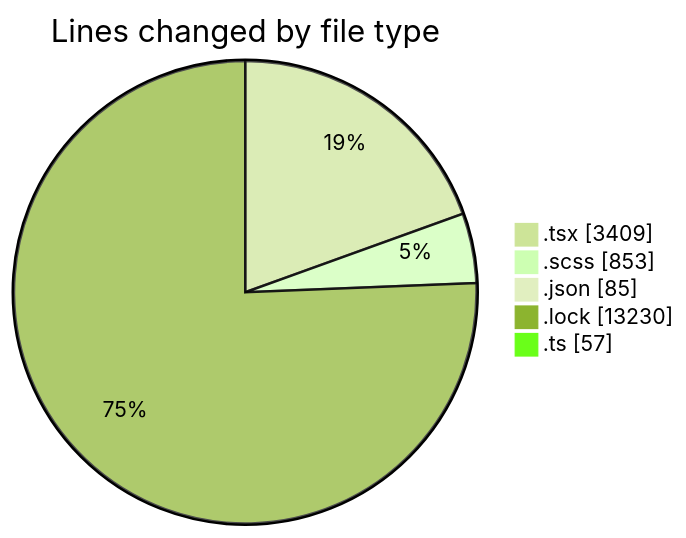
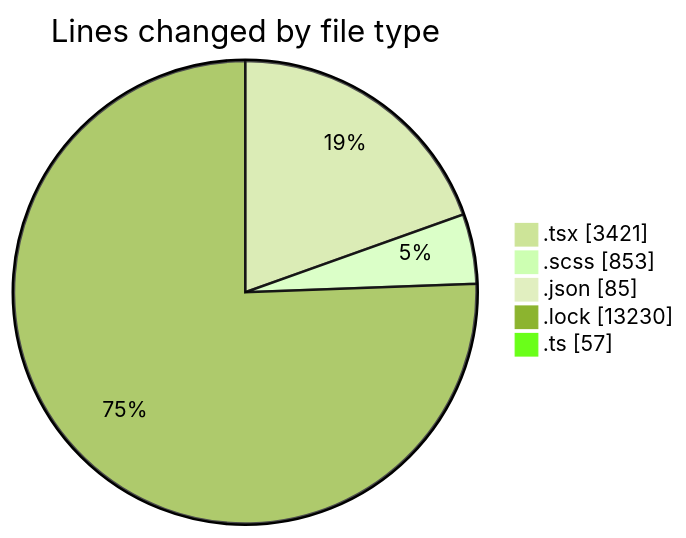
Before and after one commit to momahboobian/code-tracking: the first of 2 diagrams in 2025-10-03/cda/README.md, drawn with Mermaid (forest theme). The commit also changed other lines of this file and 1 other file, not shown here.

````diff
--- a/2025-10-03/cda/README.md
+++ b/2025-10-03/cda/README.md
@@ -30,9 +30,9 @@
 ```mermaid
 pie showData
 title Lines changed by file type
-".tsx" : 3409
+".tsx" : 3421
 ".scss" : 853
 ".json" : 85
 ".lock" : 13230
 ".ts" : 57
 ```
````
